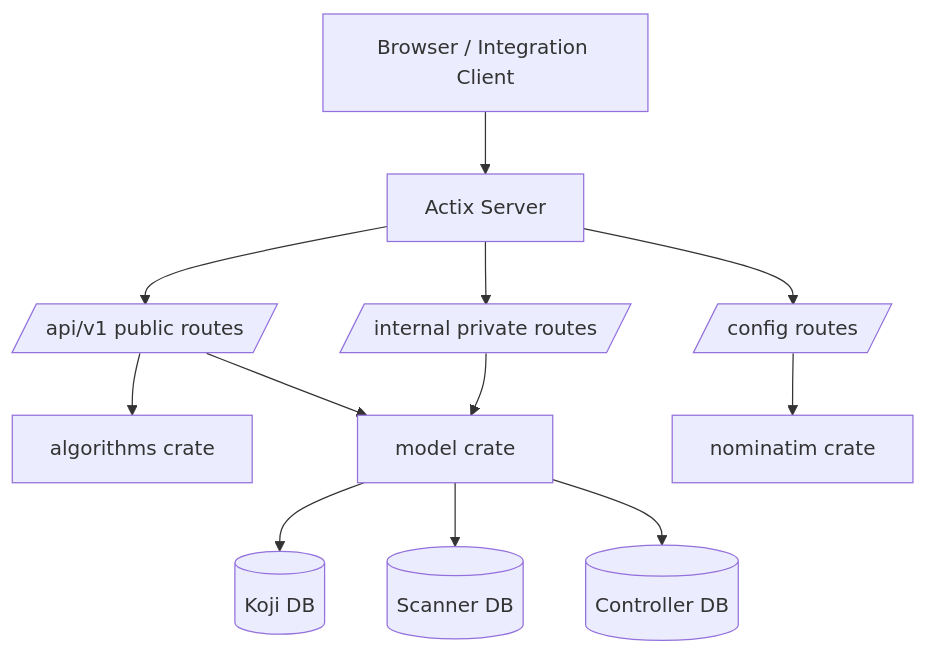
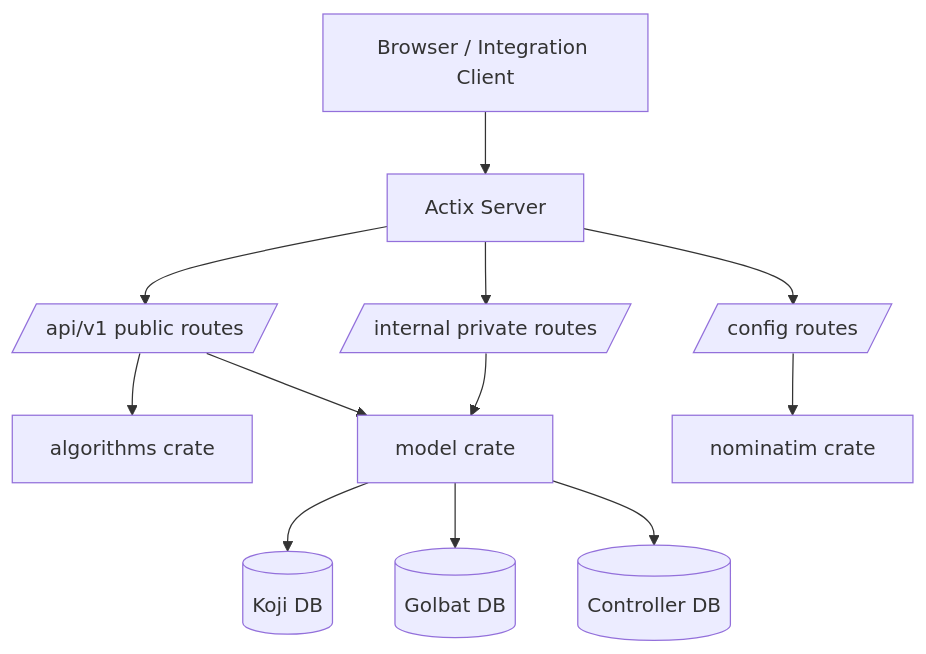
One commit to TurtIeSocks/Koji changed the diagram in apps/web-docs/app/development/repository/page.mdx. Above: the diagram before and after it, drawn with Mermaid. The commit also changed other lines of this file and 113 other files, not shown here.

First line of the commit message:
refactor(repo): rename scanner → golbat everywhere

````diff
--- a/apps/web-docs/app/development/repository/page.mdx
+++ b/apps/web-docs/app/development/repository/page.mdx
@@ -55,14 +55,14 @@
 ```mermaid
 graph TD;
 U[Browser / Integration Client] --> A[Actix Server];
 A --> P[/api/v1 public routes/];
 A --> I[/internal private routes/];
 A --> C[/config routes/];
 P --> ALG[algorithms crate];
 P --> MOD[model crate];
 I --> MOD;
 C --> NOM[nominatim crate];
 MOD --> DB1[(Koji DB)];
-MOD --> DB2[(Scanner DB)];
+MOD --> DB2[(Golbat DB)];
 MOD --> DB3[(Controller DB)];
 ```
````
